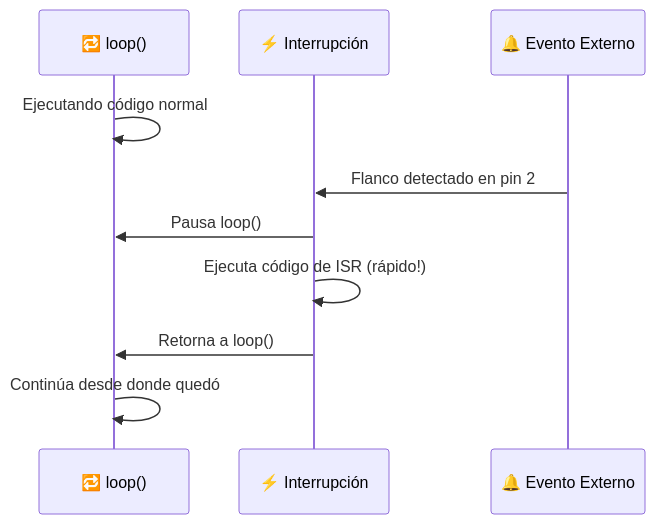
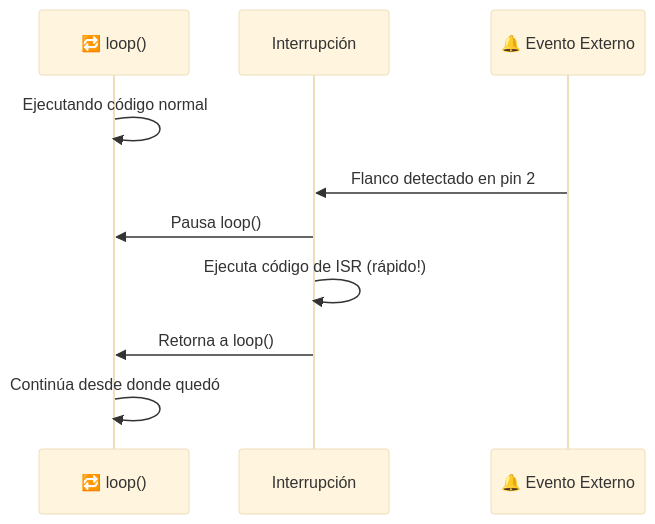
Before and after one commit to Ai-Whisperers/Courses-Content: the eighth of 16 diagrams in courses/🟡-development/FPUNA-2026/02-ELECTRONICA-AUTOMATIZACION/03-desarrollo-firmware.md, drawn with Mermaid. The commit also changed other lines of this file and 47 other files, not shown here.

First line of the commit message:
fix: Make all 473 diagrams WCAG AAA accessible (FPUNA-2026)

````diff
--- a/courses/🟡-development/FPUNA-2026/02-ELECTRONICA-AUTOMATIZACION/03-desarrollo-firmware.md
+++ b/courses/🟡-development/FPUNA-2026/02-ELECTRONICA-AUTOMATIZACION/03-desarrollo-firmware.md
@@ -395,13 +402,14 @@
 ```mermaid
+%%{init: {'theme':'base', 'themeVariables': {'fontSize':'18px'}}}%%
 sequenceDiagram
     participant Main as 🔁 loop()
-    participant ISR as ⚡ Interrupción
+    participant ISR as Interrupción
     participant Event as 🔔 Evento Externo
     
     Main->>Main: Ejecutando código normal
     Event->>ISR: Flanco detectado en pin 2
     ISR->>Main: Pausa loop()
     ISR->>ISR: Ejecuta código de ISR (rápido!)
     ISR->>Main: Retorna a loop()
     Main->>Main: Continúa desde donde quedó
 ```
````
